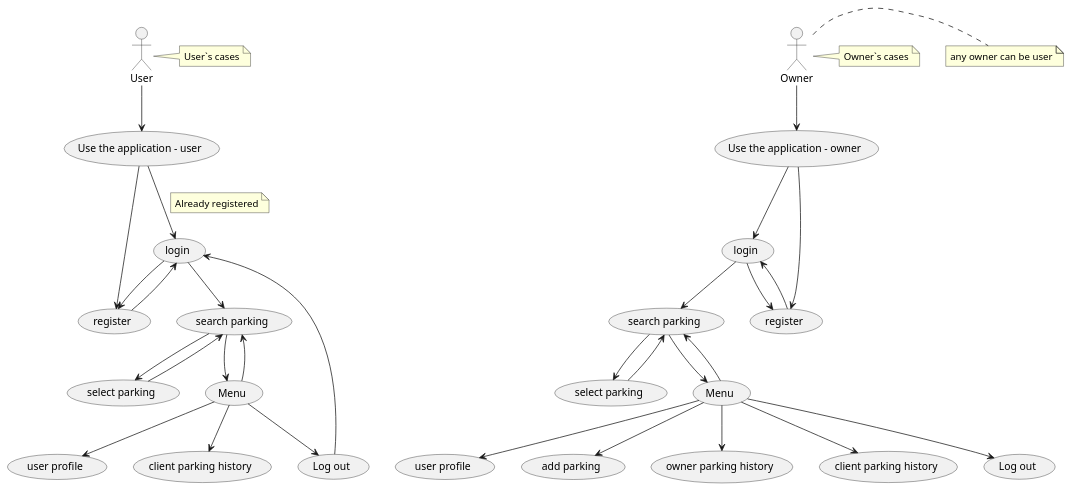
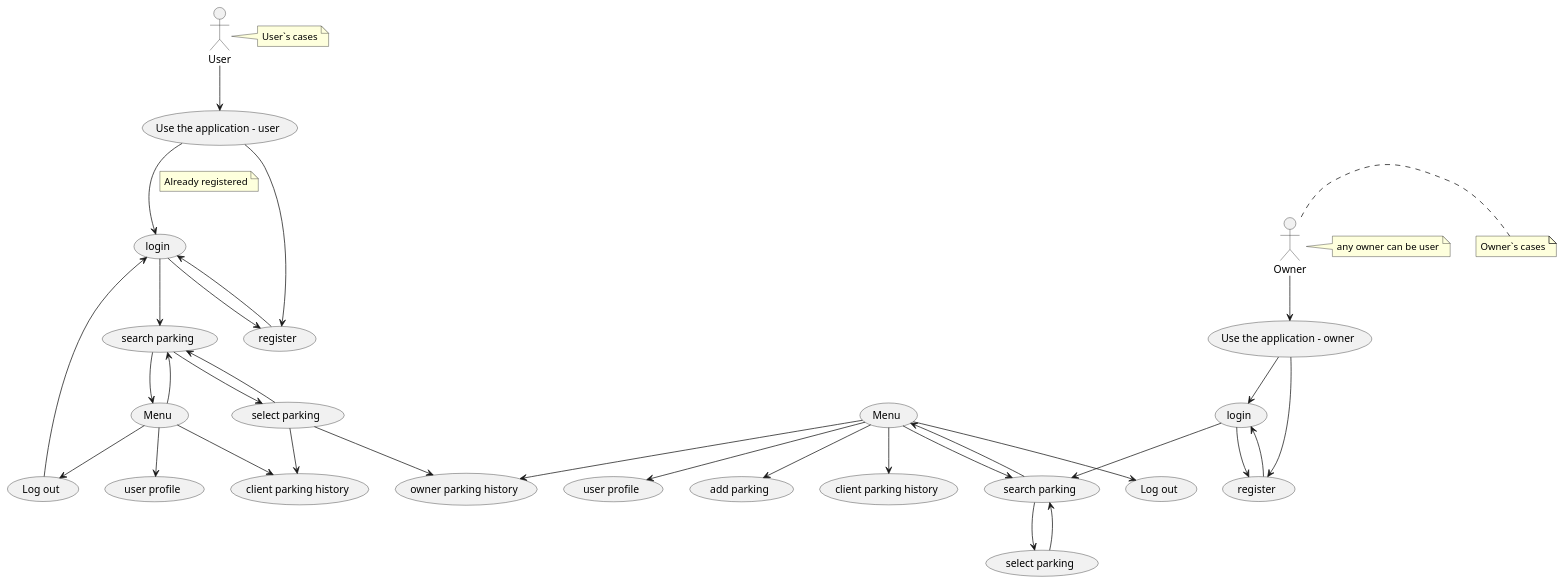
Before and after one commit to Gal25/Park4You: the diagram in app/src/main/java/com/example/park4you/Diagram/Use_case_Diagram.puml, drawn with PlantUML. The commit also changed 14 other files, not shown here.

```diff
--- a/app/src/main/java/com/example/park4you/Diagram/Use_case_Diagram.puml
+++ b/app/src/main/java/com/example/park4you/Diagram/Use_case_Diagram.puml
@@ -1,66 +1,68 @@
 @startuml
 'https://plantuml.com/use-case-diagram
 
 ':Main Admin: as Admin
 (Use the application - user) as (Use1)
 (Use the application - owner) as (Use2)
 
 (login)as (login1)
 (login)as (login2)
 (register) as (register1)
 (register) as (register2)
 (user profile) as (profile1)
 (user profile) as (profile2)
 (add parking) as (new_parking)
 (search parking) as (search_parking1)
 (search parking) as (search_parking2)
 (select parking) as (select_parking1)
 (select parking) as (select_parking2)
 (owner parking history) as (owner_parking_history)
 (client parking history) as (client_parking_history1)
 (client parking history) as (client_parking_history2)
 (Log out) as (log_out1)
 (Log out) as (log_out2)
 (Menu) as (menu1)
 (Menu) as (menu2)
 
 User --> (Use1)
 (Use1) --> (register1)
 (Use1) --> (login1)
 note on link
   Already registered
   end note
 (register1) --> (login1)
 (login1) --> (register1)
 (login1) --> (search_parking1)
 (search_parking1) --> (select_parking1)
 (select_parking1) --> (search_parking1)
 (search_parking1) --> (menu1)
+(select_parking1) --> (client_parking_history1)
+(select_parking1) --> (owner_parking_history)
 (menu1) --> (profile1)
 (menu1) --> (search_parking1)
 (menu1) --> (client_parking_history1)
 (menu1) --> (log_out1)
 (log_out1) --> (login1)
 note right of User : User`s cases
 
 
 Owner --> (Use2)
 (Use2) --> (register2)
 (Use2) --> (login2)
 (register2) --> (login2)
 (login2) --> (register2)
 (login2) --> (search_parking2)
 (search_parking2) --> (select_parking2)
 (select_parking2) --> (search_parking2)
 (search_parking2) --> (menu2)
 (menu2) --> (search_parking2)
 (menu2) --> (profile2)
 (menu2) --> (client_parking_history2)
 (menu2) --> (log_out2)
 (menu2) --> (new_parking)
 (menu2) --> (owner_parking_history)
 
 note right of Owner : any owner can be user
 note right of Owner : Owner`s cases
 
 @enduml
```
